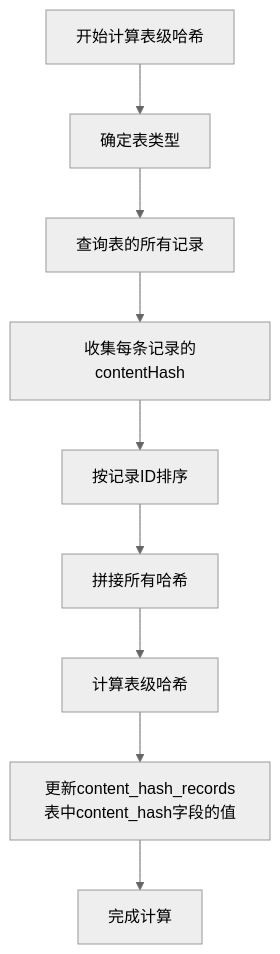
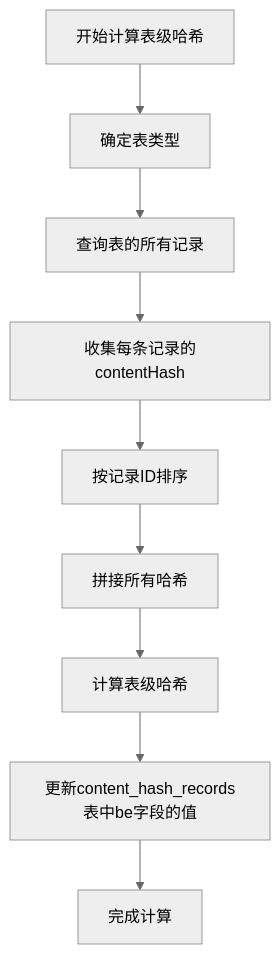
The diagram in all/未命名-47.md (yingjianzh/iodraw-files), drawn with Mermaid (neutral theme) before and after one commit.

Commit message:
2025-04-29 14:09:08 update

````diff
--- a/all/未命名-47.md
+++ b/all/未命名-47.md
@@ -1,14 +1,14 @@
 ```mermaid
 flowchart TD
     Start[开始计算表级哈希] --> GetTableType[确定表类型]
     GetTableType --> QueryRecords[查询表的所有记录]
     QueryRecords --> CollectHashes[收集每条记录的contentHash]
     
     CollectHashes --> SortByIds[按记录ID排序]
     SortByIds --> ConcatHashes[拼接所有哈希]
     ConcatHashes --> ComputeTableHash[计算表级哈希]
     
-    ComputeTableHash --> UpdateStateTable[更新content_hash_records表中content_hash字段的值]
+    ComputeTableHash --> UpdateStateTable[更新content_hash_records表中be字段的值]
     UpdateStateTable --> End[完成计算]
 
 ```
````
